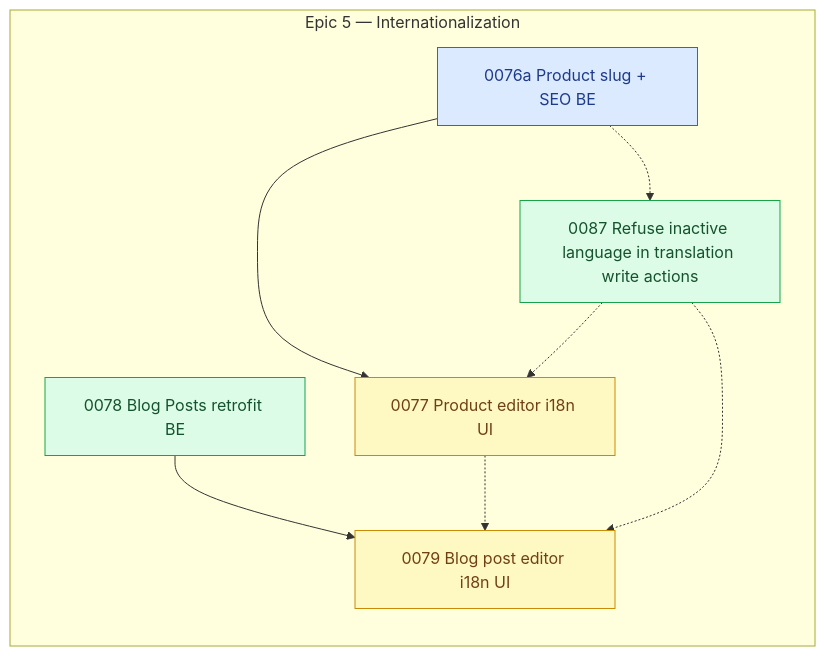
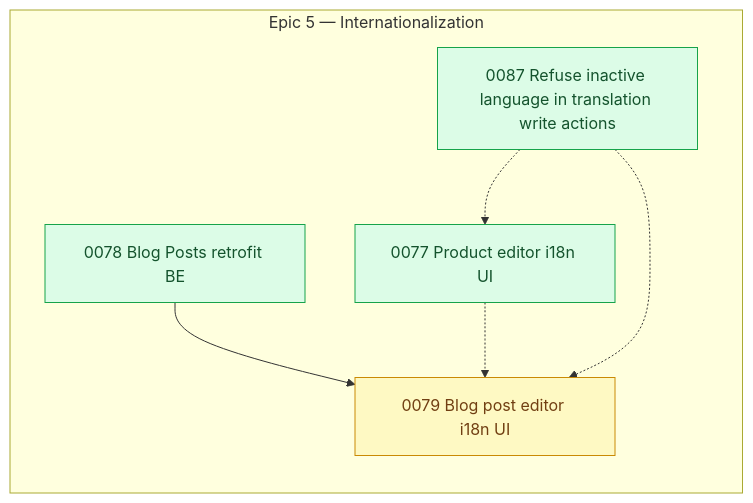
Before and after one commit to shojen/AI4Devs-finalproject: the diagram in arospe/ai-spec/tasks-map.md, drawn with Mermaid. The commit also changed other lines of this file and 4 other files, not shown here.

```diff
--- a/arospe/ai-spec/tasks-map.md
+++ b/arospe/ai-spec/tasks-map.md
@@ -557,7 +558,6 @@
     subgraph PEND_I18N["Epic 5 — Internationalization"]
         direction TB
         P0087["0087 Refuse inactive language in translation write actions"]
-        P0076a["0076a Product slug + SEO BE"]
         P0077["0077 Product editor i18n UI"]
         P0078["0078 Blog Posts retrofit BE"]
         P0079["0079 Blog post editor i18n UI"]
@@ -627,17 +627,15 @@
     %% (P0072 --> P0073 dropped: 0072 closed to done/ 2026-10-07; 0073 is now ready.)
     %% (P0074 --> P0075 dropped: 0074 closed to done/ 2026-10-15; 0075 is now ready.)
     %% (P0076 --> P0076a and P0076 --> P0077 dropped: 0076 closed to done/ 2026-11-07; 0076a is now ready, 0077 stays blocked on 0076a.)
-    P0076a --> P0077
-    P0076a -.-> P0087
+    %% (P0076a --> P0077 and P0076a -.-> P0087 dropped: 0076a closed to done/ 2026-11-08; 0077 is now ready.)
     P0078 --> P0079
     P0077 -.-> P0079
     %% (P0082 --> P0083 and P0082 -.-> P0076/P0078 dropped: 0082 is done; 0083 is now ready.)
     %% (P0084 --> P0085 dropped: 0084 is done; 0085 is done too.)
     %% (P0083 -.-> P0085 and P0083 --> P0086 dropped: 0083 is done; 0086 is now ready.)
 
-    class P0077,P0079 pending;
-    class P0078,P0087 ready;
-    class P0076a claimed;
+    class P0079 pending;
+    class P0077,P0078,P0087 ready;
     P0087 -.-> P0079
     P0087 -.-> P0077
     %% (P0075 closed to done/ 2026-10-27; P0073 closed to done/ 2026-10-08; no node remains `claimed`.)
```
